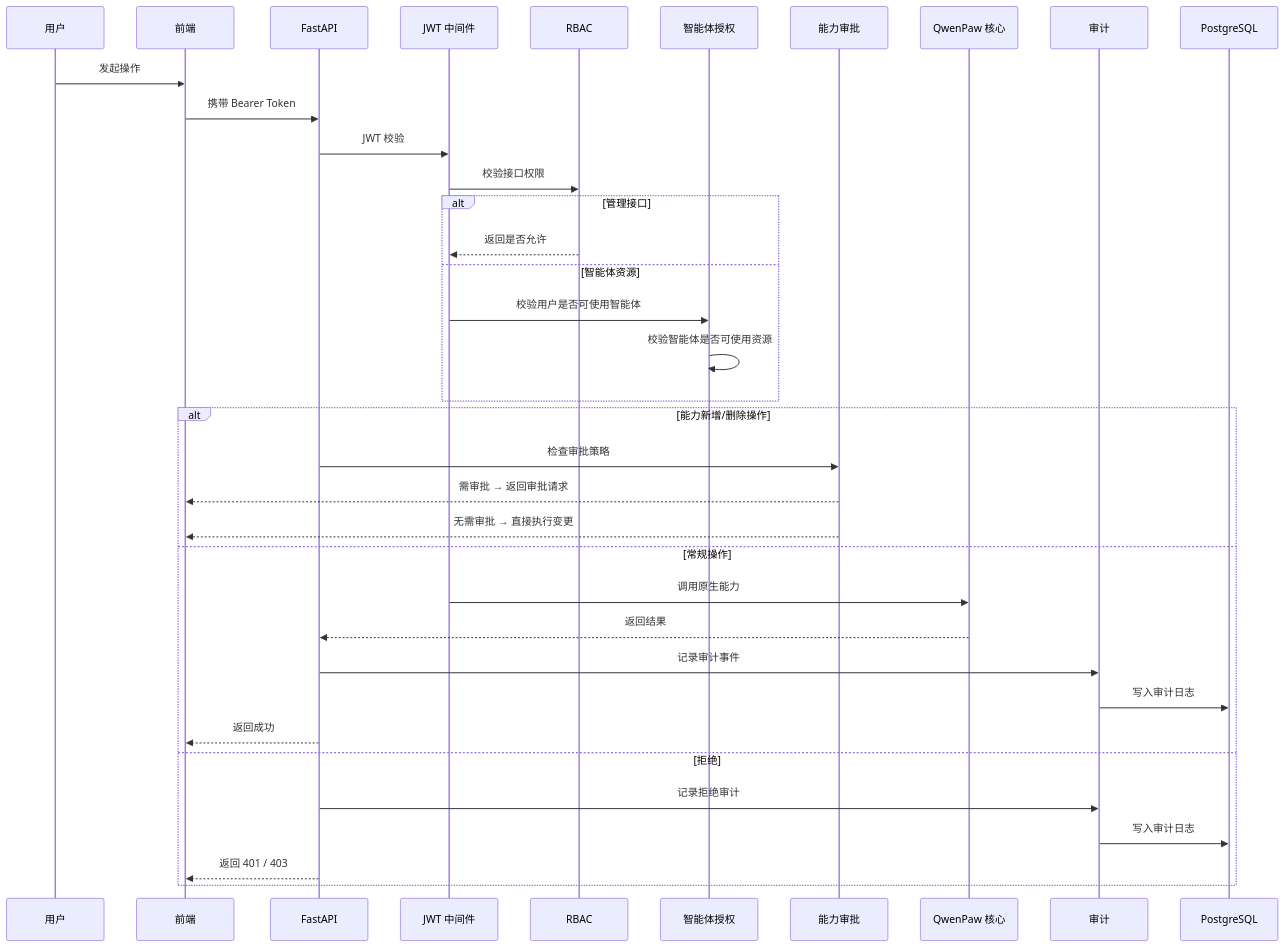
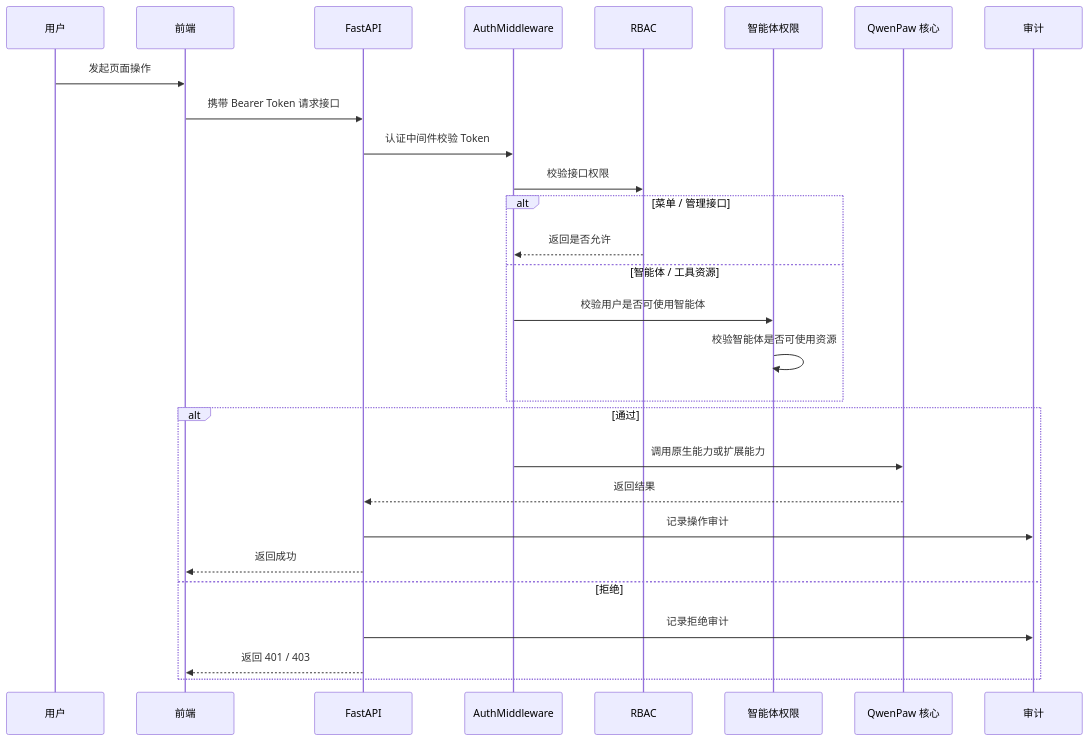
The fourth of 7 diagrams in docs/technical-solution.md (devjotaduo/nexora-ai-platform), drawn with Mermaid before and after one commit. The commit also changed other lines of this file and 39 other files, not shown here.

````diff
--- a/docs/technical-solution.md
+++ b/docs/technical-solution.md
@@ -341,39 +280,31 @@
 ```mermaid
 sequenceDiagram
     participant U as 用户
     participant FE as 前端
     participant API as FastAPI
-    participant MW as JWT 中间件
+    participant MW as AuthMiddleware
     participant RBAC as RBAC
-    participant Grant as 智能体授权
-    participant Cap as 能力审批
+    participant GOV as 智能体权限
     participant Core as QwenPaw 核心
     participant AUD as 审计
-    participant PG as PostgreSQL
 
-    U->>FE: 发起操作
-    FE->>API: 携带 Bearer Token
-    API->>MW: JWT 校验
+    U->>FE: 发起页面操作
+    FE->>API: 携带 Bearer Token 请求接口
+    API->>MW: 认证中间件校验 Token
     MW->>RBAC: 校验接口权限
-    alt 管理接口
+    alt 菜单 / 管理接口
         RBAC-->>MW: 返回是否允许
-    else 智能体资源
-        MW->>Grant: 校验用户是否可使用智能体
-        Grant->>Grant: 校验智能体是否可使用资源
+    else 智能体 / 工具资源
+        MW->>GOV: 校验用户是否可使用智能体
+        GOV->>GOV: 校验智能体是否可使用资源
     end
-    alt 能力新增/删除操作
-        API->>Cap: 检查审批策略
-        Cap-->>FE: 需审批 → 返回审批请求
-        Cap-->>FE: 无需审批 → 直接执行变更
-    else 常规操作
-        MW->>Core: 调用原生能力
+    alt 通过
+        MW->>Core: 调用原生能力或扩展能力
         Core-->>API: 返回结果
-        API->>AUD: 记录审计事件
-        AUD->>PG: 写入审计日志
+        API->>AUD: 记录操作审计
         API-->>FE: 返回成功
     else 拒绝
         API->>AUD: 记录拒绝审计
-        AUD->>PG: 写入审计日志
         API-->>FE: 返回 401 / 403
     end
 ```
````
